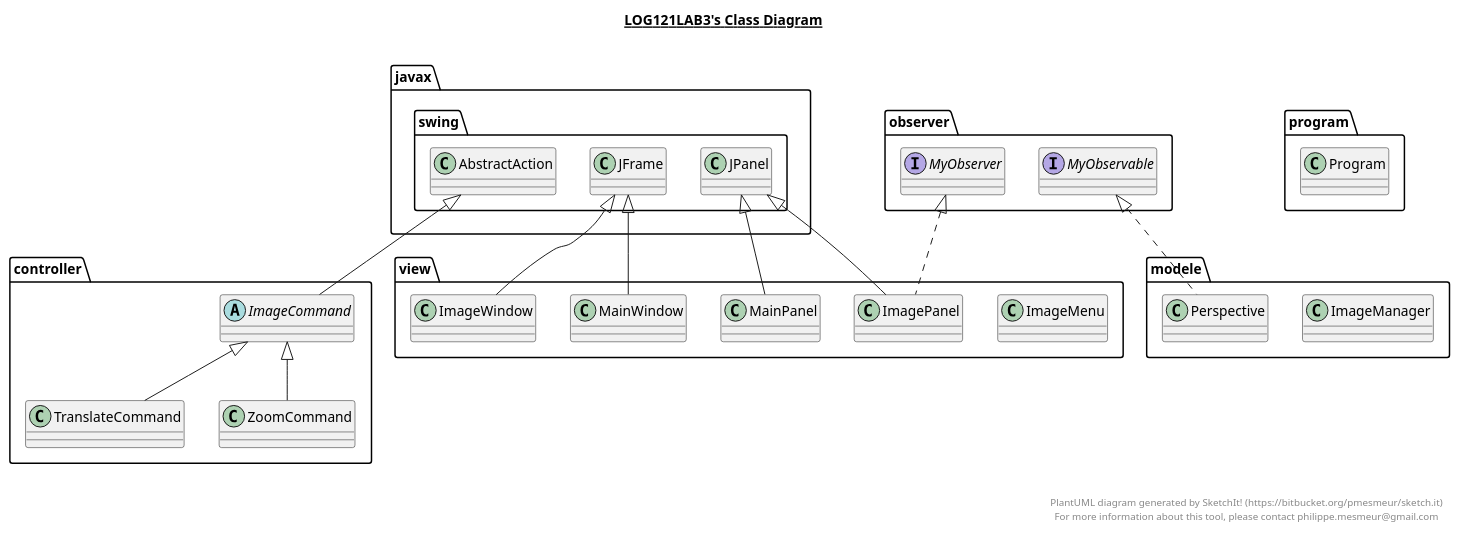
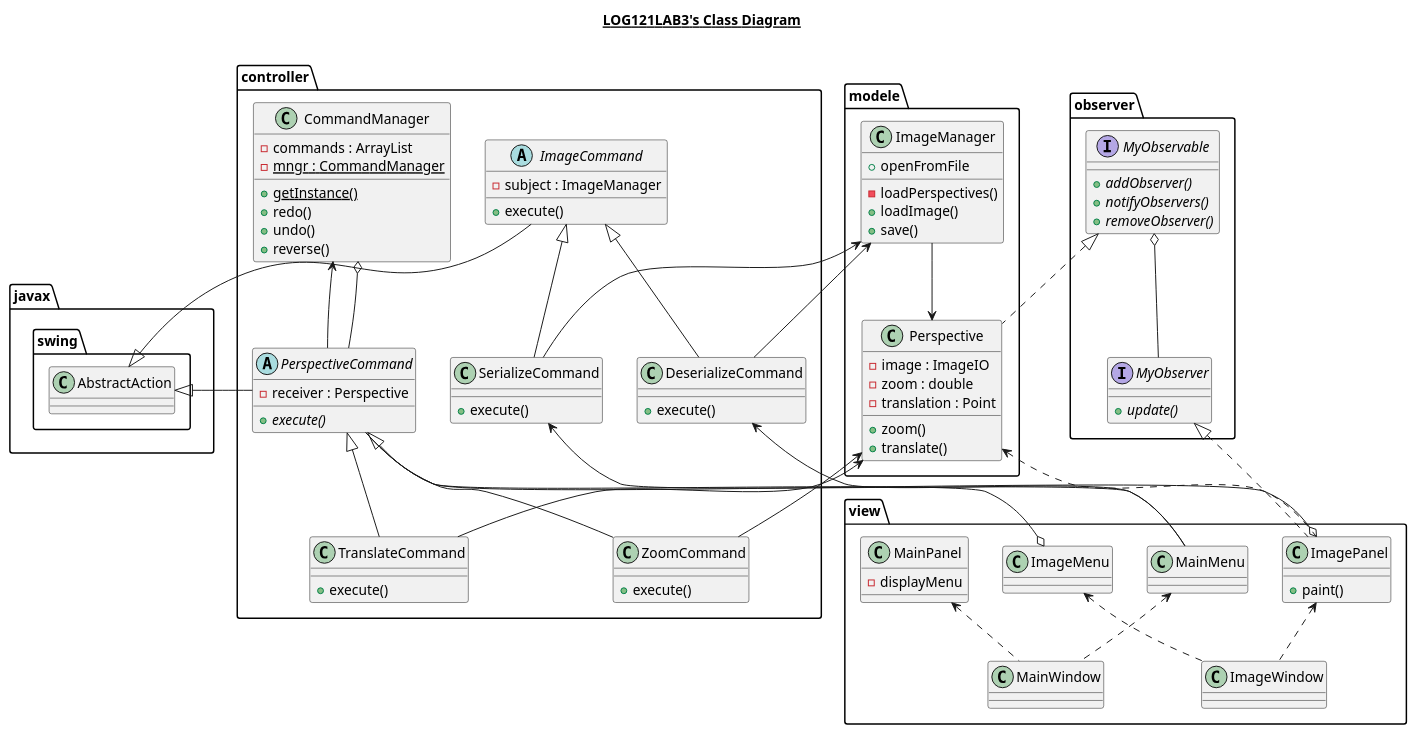
Before and after one commit to ThoLavergne/LOG121Lab3: the diagram in LOG121LAB3.plantuml, drawn with PlantUML. The commit also changed 9 other files, not shown here.

Commit message:
Dernier diagramme + squelette modifié

```diff
--- a/LOG121LAB3.plantuml
+++ b/LOG121LAB3.plantuml
@@ -1,101 +1,175 @@
 @startuml
 
 title __LOG121LAB3's Class Diagram__\n
 
   namespace controller {
-    abstract class controller.ImageCommand {
+    class controller.CommandManager {
+    - commands : ArrayList
+            {static} - mngr : CommandManager
+            {static} + getInstance()
+            + redo()
+            + undo()
+            + reverse()
     }
   }
   
 
   namespace controller {
-    class controller.TranslateCommand {
+    abstract class controller.PerspectiveCommand {
+        -receiver : Perspective
+        {abstract} +execute()
     }
   }
+
+  namespace controller {
+      class controller.DeserializeCommand {
+
+        +execute()
+      }
+    }
+
+    namespace controller {
+          class controller.SerializeCommand {
+
+            +execute()
+          }
+     }
+  
+
+  namespace controller {
+    class controller.TranslateCommand {
+        +execute()
+    }
+  }
+
+  namespace controller {
+      abstract class controller.ImageCommand {
+      -subject : ImageManager
+          +execute()
+      }
+    }
   
 
   namespace controller {
     class controller.ZoomCommand {
+        +execute()
     }
   }
   
 
   namespace modele {
     class modele.ImageManager {
+            - loadPerspectives()
+            + loadImage()
+            +save()
+            +openFromFile
     }
   }
   
 
   namespace modele {
     class modele.Perspective {
+    - image : ImageIO
+    - zoom : double
+    - translation : Point
+        +zoom()
+        +translate()
     }
   }
   
 
-  namespace observer {
-    interface observer.MyObservable {
+    namespace observer {
+      interface observer.MyObservable {
+          {abstract} + addObserver()
+          {abstract} + notifyObservers()
+          {abstract} + removeObserver()
+      }
     }
-  }
-  
 
-  namespace observer {
-    interface observer.MyObserver {
+
+    namespace observer {
+      interface observer.MyObserver {
+          {abstract} + update()
+      }
     }
-  }
   
 
   namespace program {
     class program.Program {
     }
   }
   
 
   namespace view {
     class view.ImageMenu {
     }
   }
   
 
   namespace view {
     class view.ImagePanel {
+        +paint()
     }
   }
   
 
   namespace view {
     class view.ImageWindow {
     }
   }
   
 
   namespace view {
     class view.MainPanel {
+        -displayMenu
     }
   }
   
 
   namespace view {
     class view.MainWindow {
     }
   }
+
+  namespace view {
+      class view.MainMenu {
+      }
+  }
+
   
 
-  controller.ImageCommand -up-|> javax.swing.AbstractAction
-  controller.TranslateCommand -up-|> controller.ImageCommand
-  controller.ZoomCommand -up-|> controller.ImageCommand
+  controller.PerspectiveCommand -up-|> javax.swing.AbstractAction
+  controller.TranslateCommand -up-|> controller.PerspectiveCommand
+  controller.ZoomCommand -up-|> controller.PerspectiveCommand
   modele.Perspective .up.|> observer.MyObservable
   view.ImagePanel .up.|> observer.MyObserver
-  view.ImagePanel -up-|> javax.swing.JPanel
-  view.ImageWindow -up-|> javax.swing.JFrame
-  view.MainPanel -up-|> javax.swing.JPanel
-  view.MainWindow -up-|> javax.swing.JFrame
+  controller.TranslateCommand -up-> modele.Perspective
+  controller.ZoomCommand -up-> modele.Perspective
+  controller.PerspectiveCommand -up-> controller.CommandManager
+  controller.PerspectiveCommand --o controller.CommandManager
+  view.MainWindow .up.> view.MainPanel
+  view.MainWindow .up.> view.MainMenu
+  view.ImageWindow .up.> view.ImagePanel
+  view.ImageWindow .up.> view.ImageMenu
+  observer.MyObservable o-- observer.MyObserver
+  view.ImagePanel .up.> modele.Perspective
+  view.ImageMenu o-- controller.PerspectiveCommand
+  view.ImagePanel o-- controller.PerspectiveCommand
+  modele.ImageManager --> modele.Perspective
+  view.MainMenu -up-> controller.DeserializeCommand
+  controller.DeserializeCommand -up-> modele.ImageManager
+   controller.DeserializeCommand -up-|> controller.ImageCommand
+   controller.SerializeCommand -up-|> controller.ImageCommand
+   javax.swing.AbstractAction <|-up- controller.ImageCommand
+   controller.SerializeCommand -up-> modele.ImageManager
+    view.MainMenu -up-> controller.SerializeCommand
 
+  hide program
+  hide javax.swing.JPanel
+  hide javax.swing.JFrame
 
 right footer
 
-
-PlantUML diagram generated by SketchIt! (https://bitbucket.org/pmesmeur/sketch.it)
-For more information about this tool, please contact philippe.mesmeur@gmail.com
 endfooter
 
 @enduml
```
